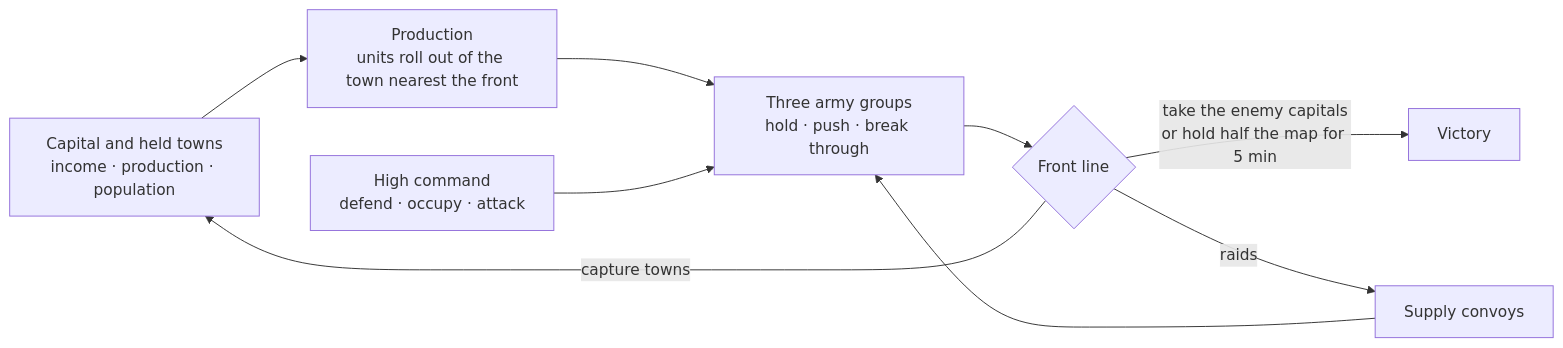
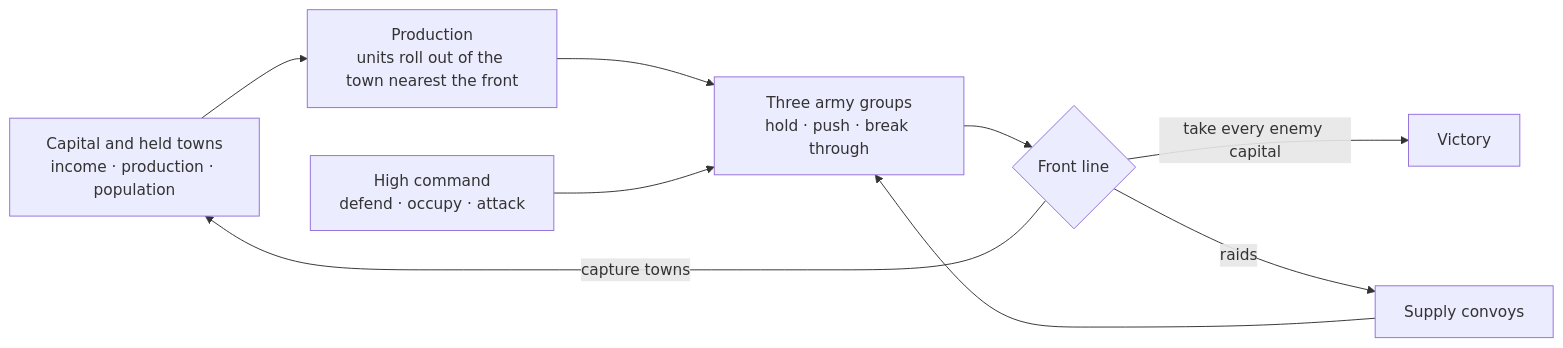
One commit to Zwl20085/LittleWarGame changed the first of 2 diagrams in README.md. Above: the diagram before and after it, drawn with Mermaid. The commit also changed other lines of this file and 18 other files, not shown here.

First line of the commit message:
chore: release v1.1.1 — capital-capture-only victory, finisher AI, trailer hero

````diff
--- a/README.md
+++ b/README.md
@@ -135,11 +135,11 @@
 ```mermaid
 flowchart LR
   A[Capital and held towns<br/>income · production · population] --> B[Production<br/>units roll out of the town nearest the front]
   B --> C[Three army groups<br/>hold · push · break through]
   H[High command<br/>defend · occupy · attack] --> C
   C --> D{Front line}
   D -- capture towns --> A
-  D -- take the enemy capitals<br/>or hold half the map for 5 min --> V[Victory]
+  D -- take every enemy capital --> V[Victory]
   S[Supply convoys] --> C
   D -- raids --> S
 ```
````
